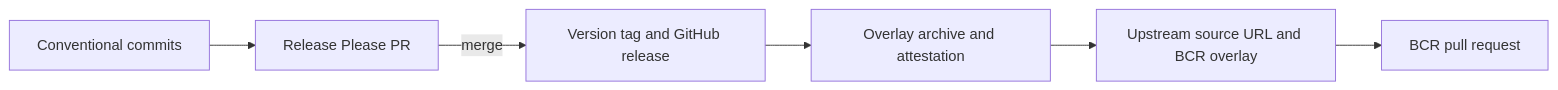
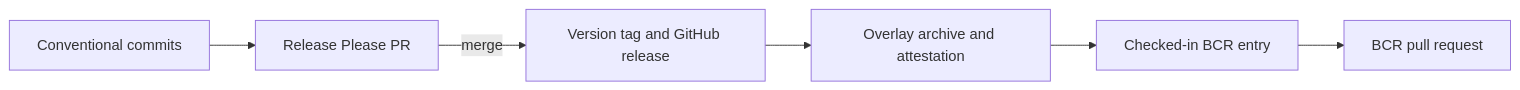
Before and after one commit to formatjs/hermes: the diagram in docs/releasing.md, drawn with Mermaid. The commit also changed other lines of this file and 34 other files, not shown here.

Commit message:
refactor: commit BCR overlay files

````diff
--- a/docs/releasing.md
+++ b/docs/releasing.md
@@ -31,8 +31,8 @@
 ```mermaid
 flowchart LR
   commit[Conventional commits] --> pr[Release Please PR]
   pr -->|merge| tag[Version tag and GitHub release]
   tag --> assets[Overlay archive and attestation]
-  assets --> entry[Upstream source URL and BCR overlay]
+  assets --> entry[Checked-in BCR entry]
   entry --> bcr[BCR pull request]
 ```
````
